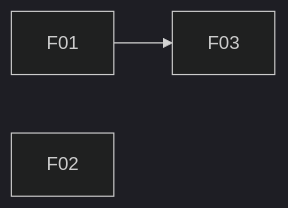
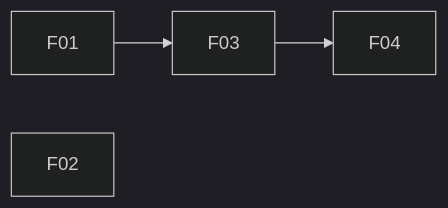
Before and after one commit to ZJUCao/troy-mode-trial: the diagram in docs/requirements.md, drawn with Mermaid (dark theme). The commit also changed other lines of this file and 2 other files, not shown here.

````diff
--- a/docs/requirements.md
+++ b/docs/requirements.md
@@ -57,5 +62,6 @@
 ```mermaid
 flowchart LR
   F01 --> F03
+  F03 --> F04
   F02
 ```
````
